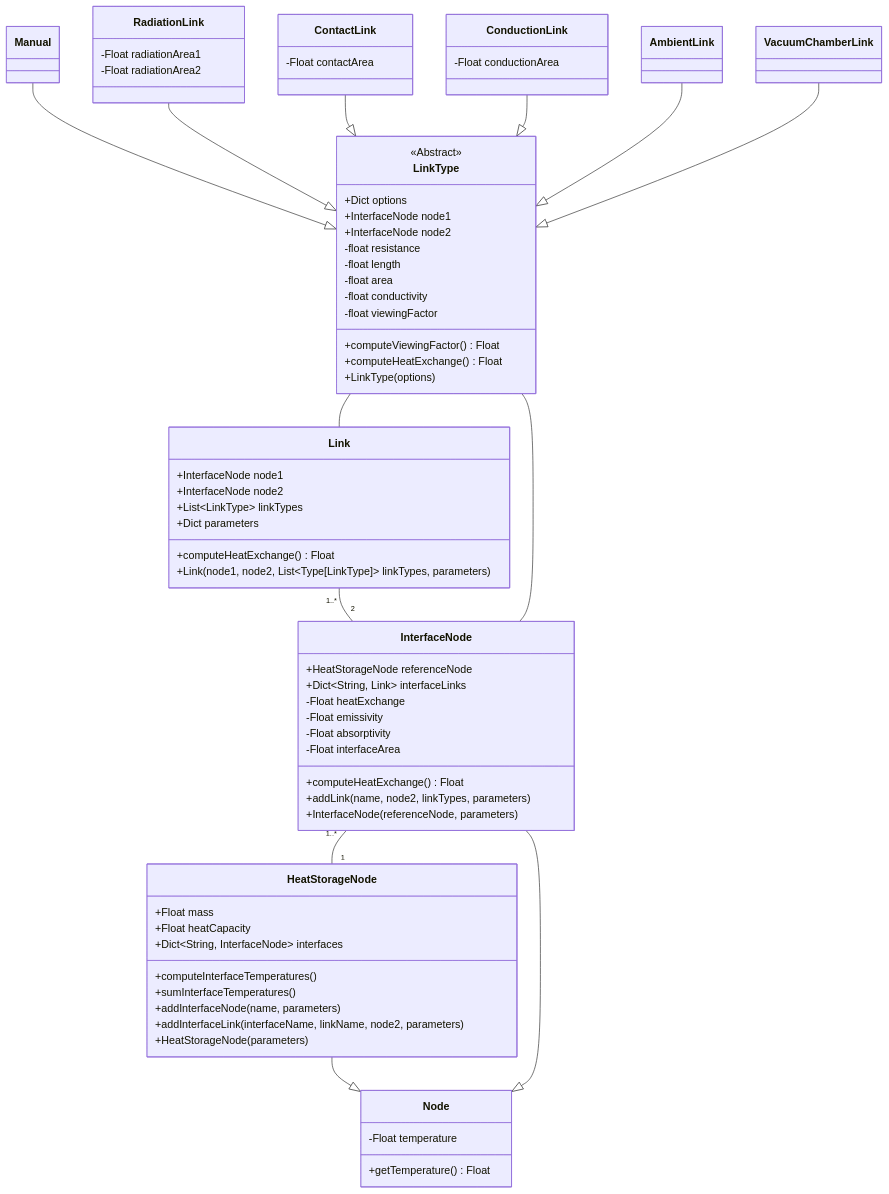
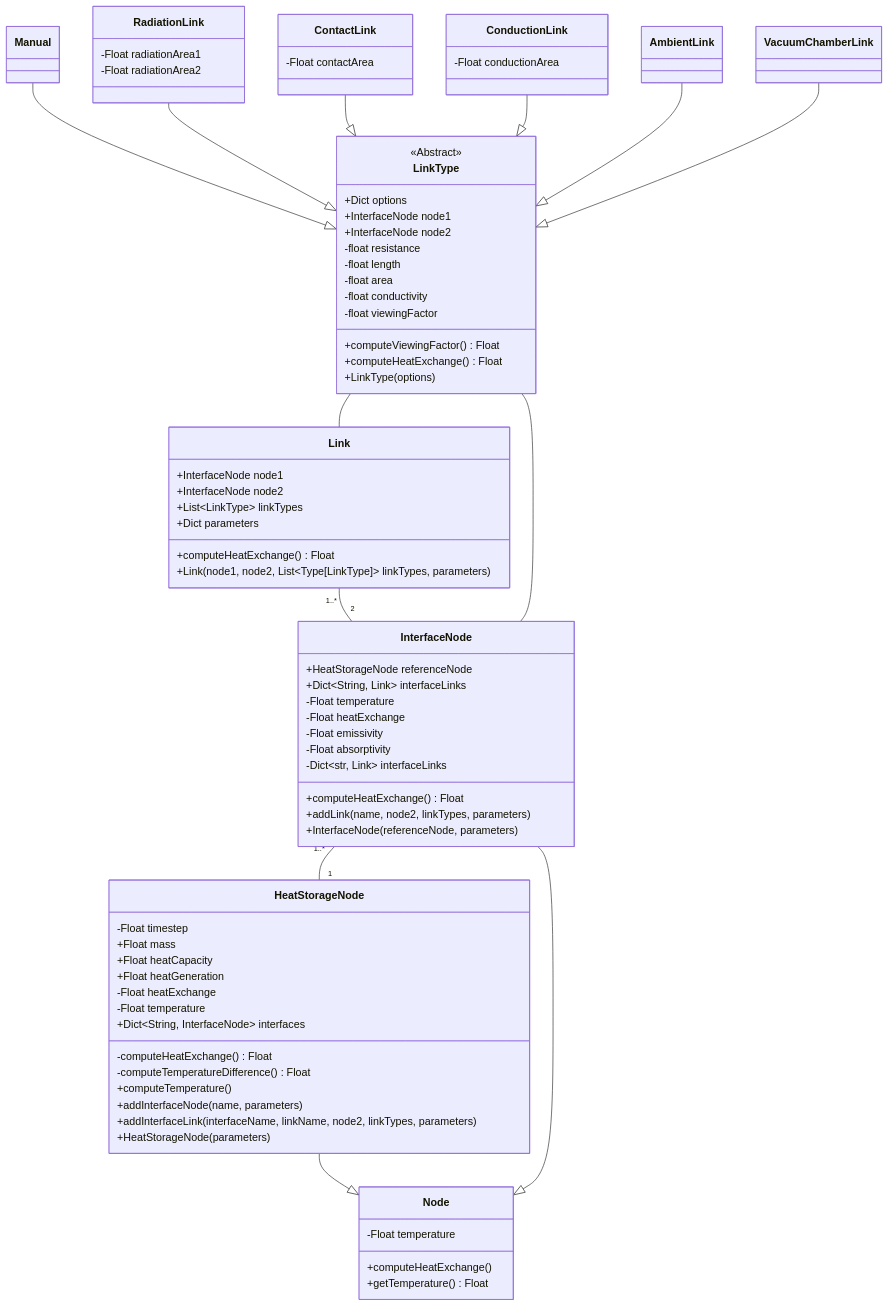
The diagram in class-diagram/class-diagram.mmd (niveK77pur/ISM-Thermal-Model), drawn with Mermaid before and after one commit. The commit also changed 2 other files, not shown here.

Commit message:
properly implement heat calculations for IFN and HSN

```diff
--- a/class-diagram/class-diagram.mmd
+++ b/class-diagram/class-diagram.mmd
@@ -1,85 +1,92 @@
 classDiagram
 
 
 class Node {
     -Float temperature
+    +computeHeatExchange()
     +getTemperature() Float
 }
 
 class HeatStorageNode {
+    -Float timestep
     +Float mass
     +Float heatCapacity
+    +Float heatGeneration
+    -Float heatExchange
+    -Float temperature
     +Dict~String, InterfaceNode~ interfaces
-    +computeInterfaceTemperatures()
-    +sumInterfaceTemperatures()
+    -computeHeatExchange() Float
+    -computeTemperatureDifference() Float
+    +computeTemperature()
     +addInterfaceNode(name, parameters)
-    +addInterfaceLink(interfaceName, linkName, node2, parameters)
+    +addInterfaceLink(interfaceName, linkName, node2, linkTypes, parameters)
     +HeatStorageNode(parameters)
 }
 
 class InterfaceNode {
     +HeatStorageNode referenceNode
     +Dict~String, Link~ interfaceLinks
+    -Float temperature
     -Float heatExchange
     -Float emissivity
     -Float absorptivity
-    -Float interfaceArea
+    -Dict~str, Link~ interfaceLinks
     +computeHeatExchange() Float
     +addLink(name, node2, linkTypes, parameters)
     +InterfaceNode(referenceNode, parameters)
 }
 
 class Link {
     +InterfaceNode node1
     +InterfaceNode node2
     +List~LinkType~ linkTypes
     +Dict parameters
     +computeHeatExchange() Float
     +Link(node1, node2, List~Type[LinkType]~ linkTypes, parameters)
 }
 
 
 class LinkType {
     <<Abstract>>
     +Dict options
     +InterfaceNode node1
     +InterfaceNode node2
     -float resistance
     -float length
     -float area
     -float conductivity
     -float viewingFactor
     +computeViewingFactor() Float
     +computeHeatExchange() Float
     +LinkType(options)
 }
 
 class RadiationLink {
     -Float radiationArea1
     -Float radiationArea2
 }
 
 class ContactLink {
     -Float contactArea
 }
 
 class ConductionLink {
     -Float conductionArea
 }
 
 HeatStorageNode --|> Node
 InterfaceNode --|> Node
 
 Manual --|> LinkType
 RadiationLink --|> LinkType
 ContactLink --|> LinkType
 ConductionLink --|> LinkType
 AmbientLink --|> LinkType
 VacuumChamberLink --|> LinkType
 
 Link "1..*" -- "2" InterfaceNode
 
 InterfaceNode "1..*" -- "1" HeatStorageNode
 
 LinkType -- Link
 LinkType -- InterfaceNode
```
